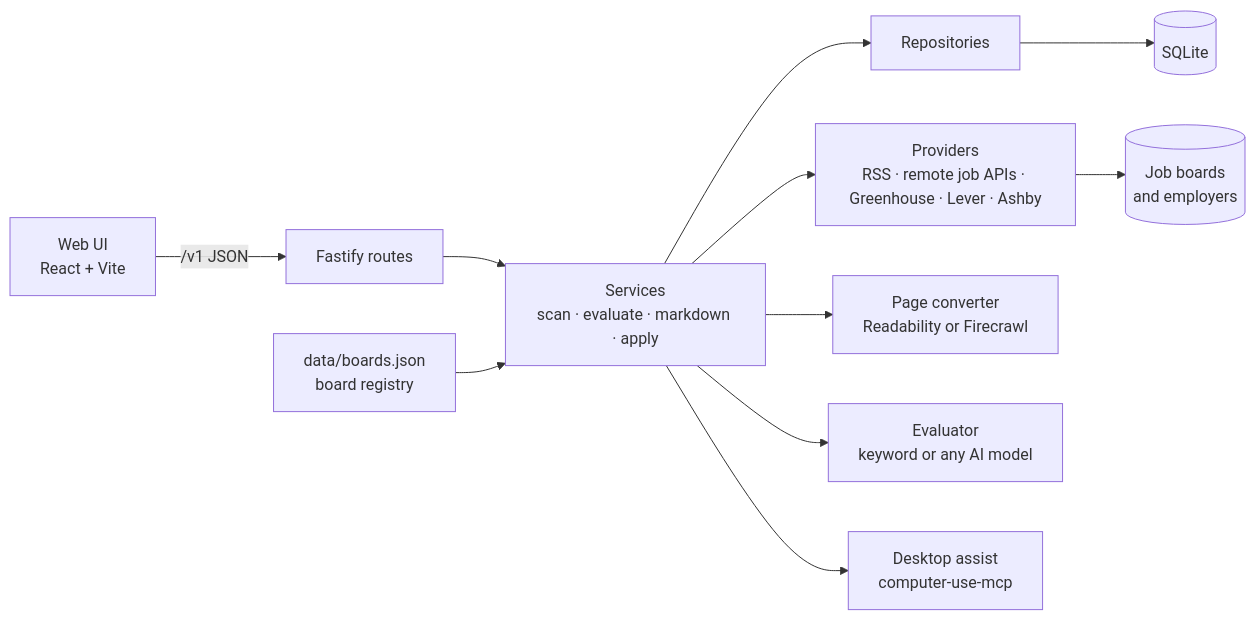
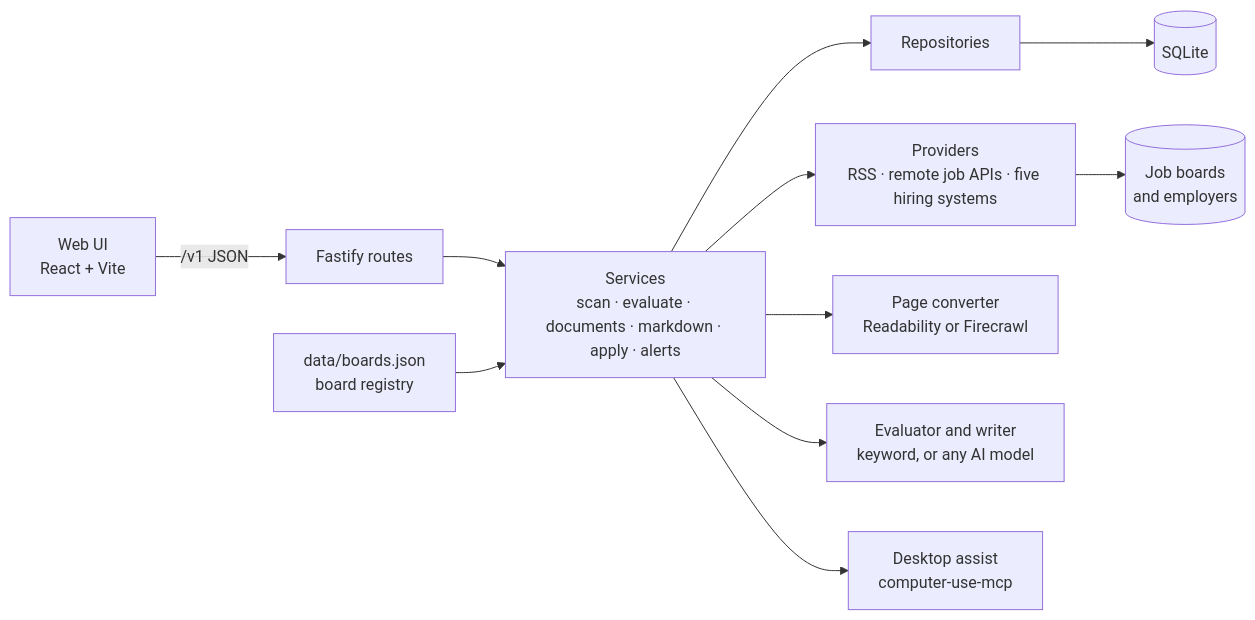
One commit to swiftkimani/kaziscout changed the diagram in README.md. Above: the diagram before and after it, drawn with Mermaid. The commit also changed other lines of this file and 6 other files, not shown here.

Commit message:
docs: cover worldwide support, documents, alerts, sign-in and AGPL

````diff
--- a/README.md
+++ b/README.md
@@ -34,11 +39,11 @@
 ```mermaid
 flowchart LR
   UI[Web UI<br/>React + Vite] -->|/v1 JSON| API[Fastify routes]
-  API --> S[Services<br/>scan · evaluate · markdown · apply]
+  API --> S[Services<br/>scan · evaluate · documents · markdown · apply · alerts]
   S --> R[Repositories] --> DB[(SQLite)]
-  S --> P[Providers<br/>RSS · remote job APIs · Greenhouse · Lever · Ashby] --> Boards[(Job boards<br/>and employers)]
+  S --> P[Providers<br/>RSS · remote job APIs · five hiring systems] --> Boards[(Job boards<br/>and employers)]
   S --> C[Page converter<br/>Readability or Firecrawl]
-  S --> E[Evaluator<br/>keyword or any AI model]
+  S --> E[Evaluator and writer<br/>keyword, or any AI model]
   S --> D[Desktop assist<br/>computer-use-mcp]
   Reg[data/boards.json<br/>board registry] --> S
 ```
````
